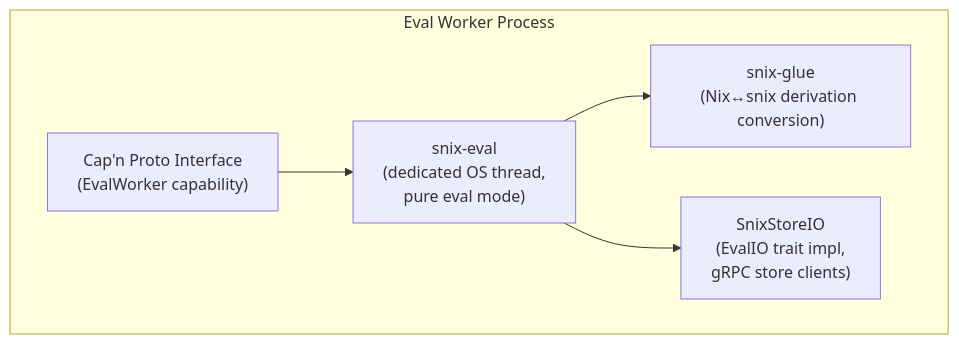
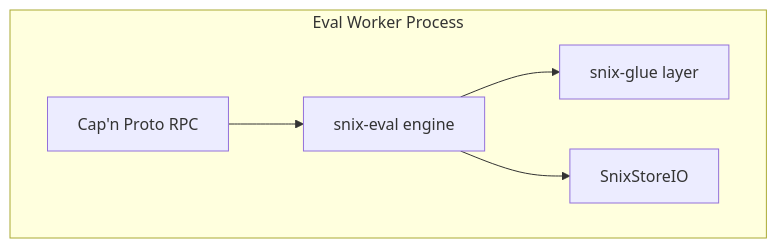
One commit to axiosoph/axios changed the fourth of 10 diagrams in docs/architecture/eos-sad.md. Above: the diagram before and after it, drawn with Mermaid. The commit also changed other lines of this file and 3 other files, not shown here.

First line of the commit message:
feat(www): add interactive mermaid viewer

````diff
--- a/docs/architecture/eos-sad.md
+++ b/docs/architecture/eos-sad.md
@@ -338,13 +320,13 @@
 ```mermaid
 graph TB
     subgraph "Eval Worker Process"
-        EWRPC["Cap'n Proto Interface<br/>(EvalWorker capability)"]
-        EVAL["snix-eval<br/>(dedicated OS thread,<br/>pure eval mode)"]
-        GLUE["snix-glue<br/>(Nix↔snix derivation conversion)"]
-        STOREIO["SnixStoreIO<br/>(EvalIO trait impl,<br/>gRPC store clients)"]
+        EWRPC["Cap'n Proto RPC"]
+        EVAL["snix-eval engine"]
+        GLUE["snix-glue layer"]
+        STOREIO["SnixStoreIO"]
     end
 
     EWRPC --> EVAL
     EVAL --> GLUE
     EVAL --> STOREIO
 ```
````
